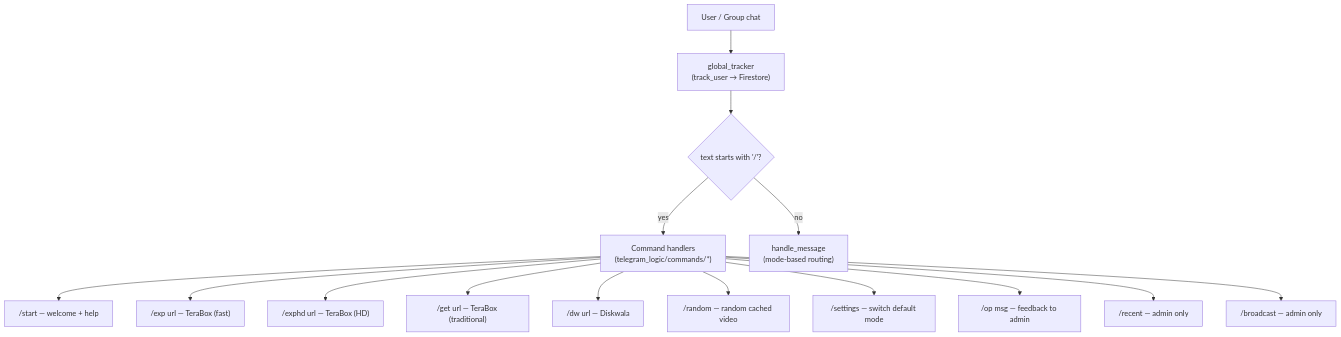
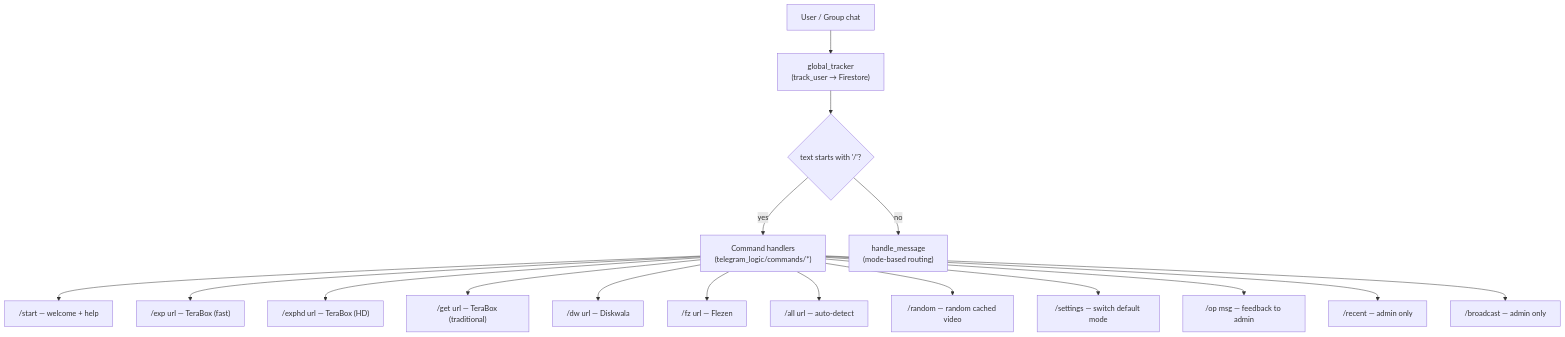
The first of 3 diagrams in README.md (rishi058/TeraBox-Video-Downloader), drawn with Mermaid before and after one commit. The commit also changed other lines of this file and 13 other files, not shown here.

````diff
--- a/README.md
+++ b/README.md
@@ -37,19 +39,21 @@
 ```mermaid
 graph TD
     U["User / Group chat"] --> TR["global_tracker<br/>(track_user → Firestore)"]
     TR --> R{"text starts with '/'?"}
 
     R -->|"yes"| CMDS["Command handlers<br/>(telegram_logic/commands/*)"]
     R -->|"no"| PLAIN["handle_message<br/>(mode-based routing)"]
 
     CMDS --> S["/start — welcome + help"]
     CMDS --> EXP["/exp url — TeraBox (fast)"]
     CMDS --> EXPHD["/exphd url — TeraBox (HD)"]
     CMDS --> GET["/get url — TeraBox (traditional)"]
     CMDS --> DW["/dw url — Diskwala"]
+    CMDS --> FZ["/fz url — Flezen"]
+    CMDS --> ALL["/all url — auto-detect"]
     CMDS --> RND["/random — random cached video"]
     CMDS --> SET["/settings — switch default mode"]
     CMDS --> OP["/op msg — feedback to admin"]
     CMDS --> REC["/recent — admin only"]
     CMDS --> BRD["/broadcast — admin only"]
 ```
````
